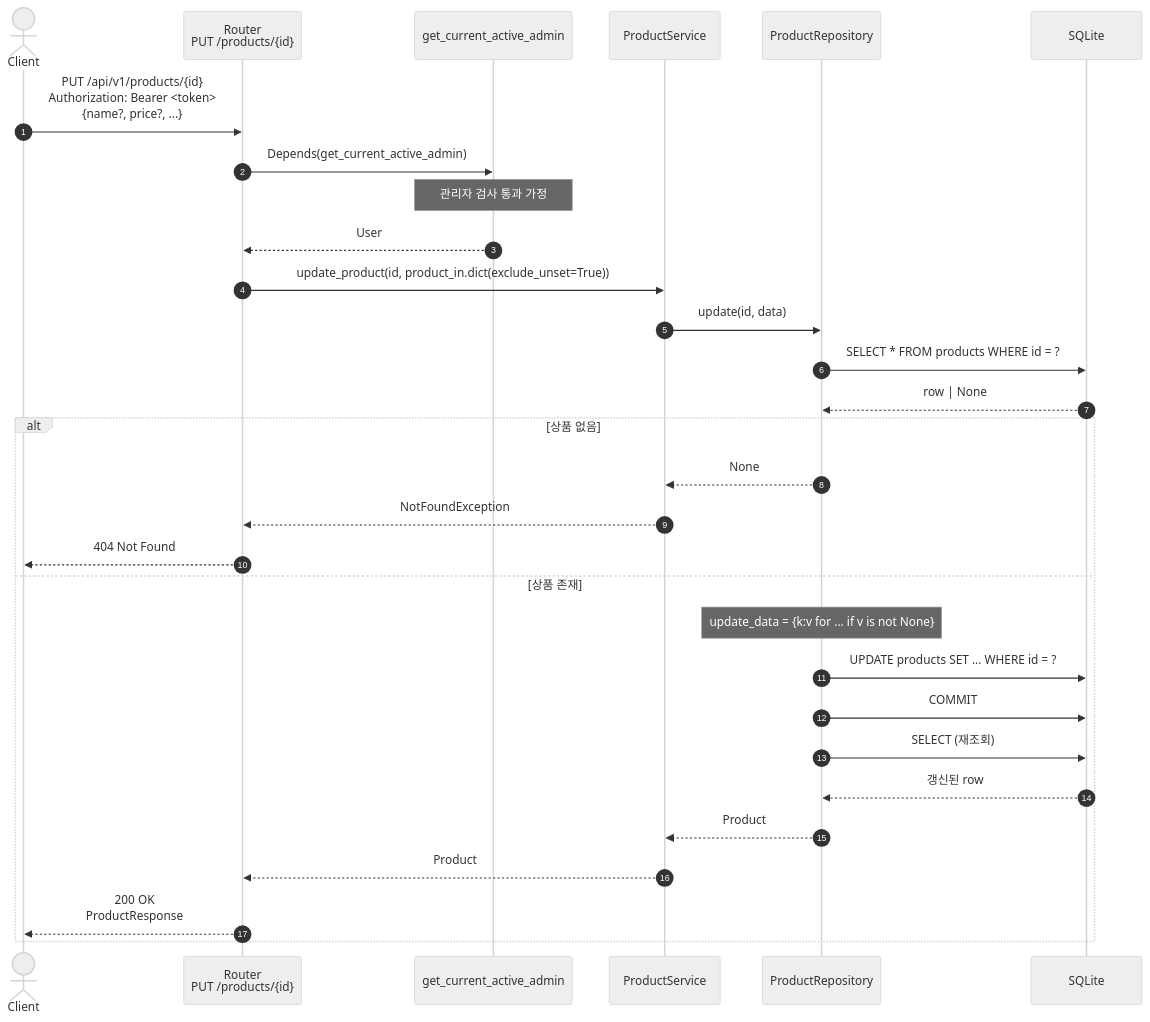
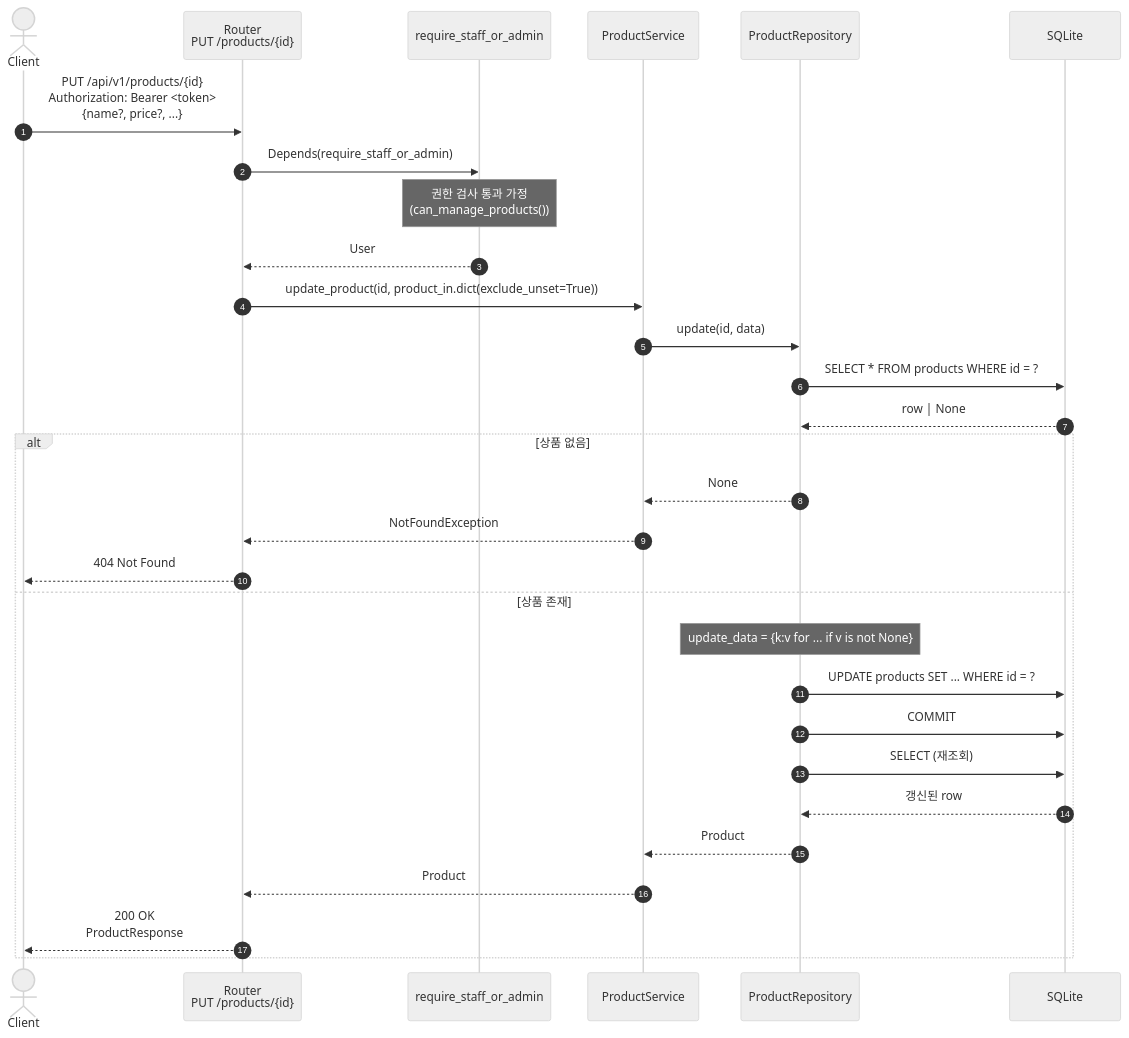
Before and after one commit to hjp7461/fastapi-sample: the second of 4 diagrams in docs/diagram/상품_관리_관리자.md, drawn with Mermaid (neutral theme). The commit also changed other lines of this file and 7 other files, not shown here.

First line of the commit message:
docs(diagram): require_* 명명 + staff 권한 + Product viewer 분기 정합

````diff
--- a/docs/diagram/상품_관리_관리자.md
+++ b/docs/diagram/상품_관리_관리자.md
@@ -71,35 +71,35 @@
 ```mermaid
 sequenceDiagram
     autonumber
     actor Client
     participant Router as Router<br/>PUT /products/{id}
-    participant Admin as get_current_active_admin
+    participant Guard as require_staff_or_admin
     participant Service as ProductService
     participant Repo as ProductRepository
     participant DB as SQLite
 
     Client->>Router: PUT /api/v1/products/{id}<br/>Authorization: Bearer <token><br/>{name?, price?, ...}
-    Router->>Admin: Depends(get_current_active_admin)
-    Note over Admin: 관리자 검사 통과 가정
+    Router->>Guard: Depends(require_staff_or_admin)
+    Note over Guard: 권한 검사 통과 가정<br/>(can_manage_products())
 
-    Admin-->>Router: User
+    Guard-->>Router: User
     Router->>Service: update_product(id, product_in.dict(exclude_unset=True))
     Service->>Repo: update(id, data)
     Repo->>DB: SELECT * FROM products WHERE id = ?
     DB-->>Repo: row | None
 
     alt 상품 없음
         Repo-->>Service: None
         Service-->>Router: NotFoundException
         Router-->>Client: 404 Not Found
     else 상품 존재
         Note over Repo: update_data = {k:v for ... if v is not None}
         Repo->>DB: UPDATE products SET ... WHERE id = ?
         Repo->>DB: COMMIT
         Repo->>DB: SELECT (재조회)
         DB-->>Repo: 갱신된 row
         Repo-->>Service: Product
         Service-->>Router: Product
         Router-->>Client: 200 OK<br/>ProductResponse
     end
 ```
````
